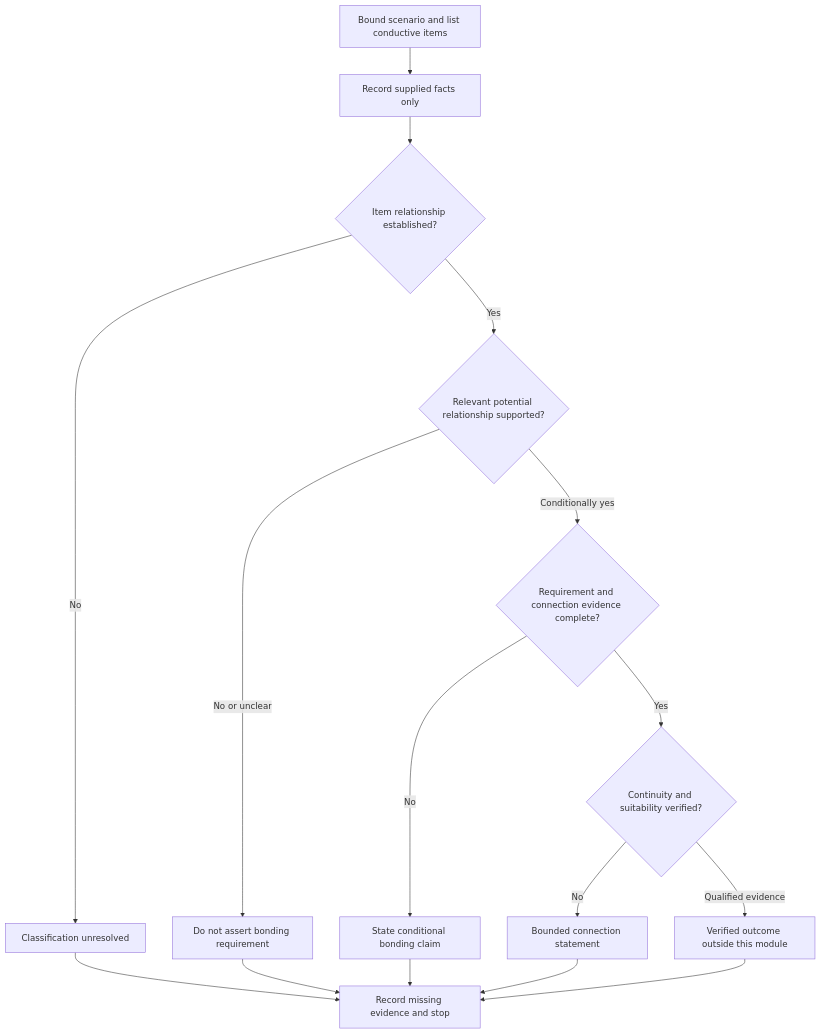
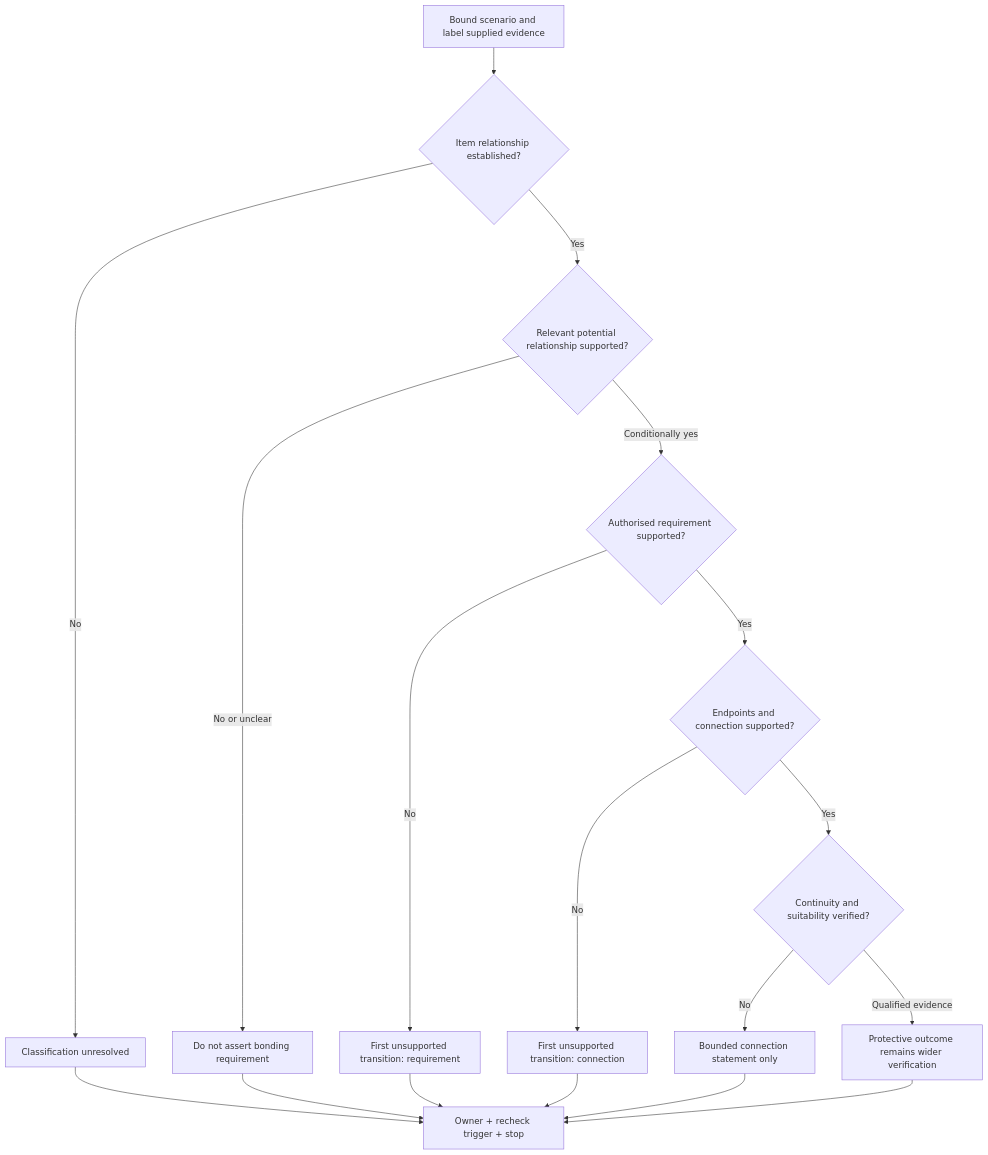
The first of 2 diagrams in docs/learning-plans/12-week/modules/day-17-equipotential-bonding-purpose-and-boundary-reasoning.md (andrew3stedall/capstone), drawn with Mermaid before and after one commit. The commit also changed other lines of this file and 3 other files, not shown here.

````diff
--- a/docs/learning-plans/12-week/modules/day-17-equipotential-bonding-purpose-and-boundary-reasoning.md
+++ b/docs/learning-plans/12-week/modules/day-17-equipotential-bonding-purpose-and-boundary-reasoning.md
@@ -109,18 +120,20 @@
 ```mermaid
 flowchart TD
-    A["Bound scenario and list conductive items"] --> B["Record supplied facts only"]
-    B --> C{"Item relationship established?"}
-    C -->|"No"| D["Classification unresolved"]
-    C -->|"Yes"| E{"Relevant potential relationship supported?"}
-    E -->|"No or unclear"| F["Do not assert bonding requirement"]
-    E -->|"Conditionally yes"| G{"Requirement and connection evidence complete?"}
-    G -->|"No"| H["State conditional bonding claim"]
-    G -->|"Yes"| I{"Continuity and suitability verified?"}
-    I -->|"No"| J["Bounded connection statement"]
-    I -->|"Qualified evidence"| K["Verified outcome outside this module"]
-    D --> L["Record missing evidence and stop"]
-    F --> L
-    H --> L
-    J --> L
-    K --> L
+    A["Bound scenario and label supplied evidence"] --> B{"Item relationship established?"}
+    B -->|"No"| C["Classification unresolved"]
+    B -->|"Yes"| D{"Relevant potential relationship supported?"}
+    D -->|"No or unclear"| E["Do not assert bonding requirement"]
+    D -->|"Conditionally yes"| F{"Authorised requirement supported?"}
+    F -->|"No"| G["First unsupported transition: requirement"]
+    F -->|"Yes"| H{"Endpoints and connection supported?"}
+    H -->|"No"| I["First unsupported transition: connection"]
+    H -->|"Yes"| J{"Continuity and suitability verified?"}
+    J -->|"No"| K["Bounded connection statement only"]
+    J -->|"Qualified evidence"| L["Protective outcome remains wider verification"]
+    C --> M["Owner + recheck trigger + stop"]
+    E --> M
+    G --> M
+    I --> M
+    K --> M
+    L --> M
 ```
````
